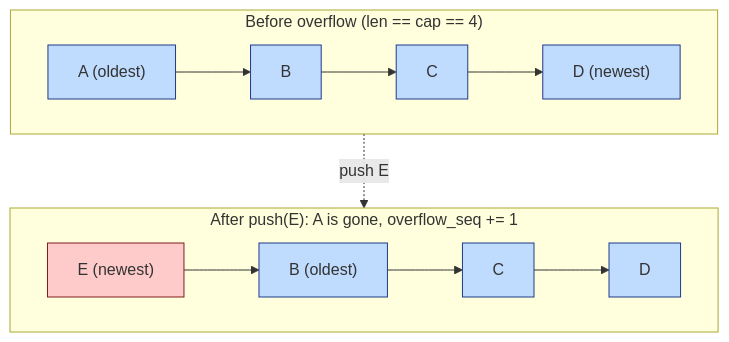
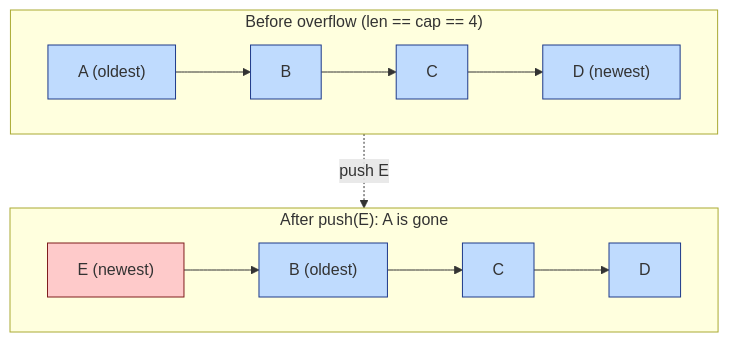
One commit to prosody-events/gabion changed diagram 12 of 22 in crates/gabion/CRDT.md. Above: the diagram before and after it, drawn with Mermaid. The commit also changed other lines of this file and 17 other files, not shown here.

````diff
--- a/crates/gabion/CRDT.md
+++ b/crates/gabion/CRDT.md
@@ -606,14 +602,14 @@
 ```mermaid
 flowchart TB
     subgraph Before["Before overflow (len == cap == 4)"]
         direction LR
         B0["A (oldest)"]:::filled --> B1["B"]:::filled --> B2["C"]:::filled --> B3["D (newest)"]:::filled
     end
     Before -.push E.-> After
-    subgraph After["After push(E): A is gone, overflow_seq += 1"]
+    subgraph After["After push(E): A is gone"]
         direction LR
         A0["E (newest)"]:::new --> A1["B (oldest)"]:::filled --> A2["C"]:::filled --> A3["D"]:::filled
     end
     classDef filled fill:#bfdbfe,stroke:#1e3a8a
     classDef new fill:#fecaca,stroke:#7f1d1d
 ```
````
